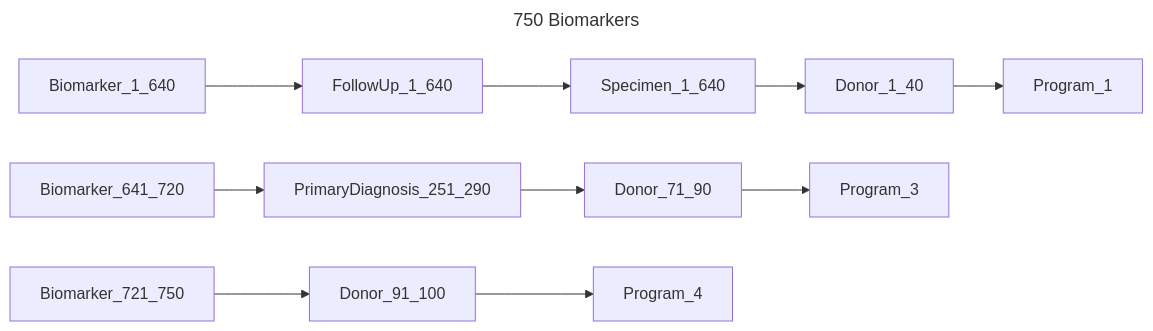
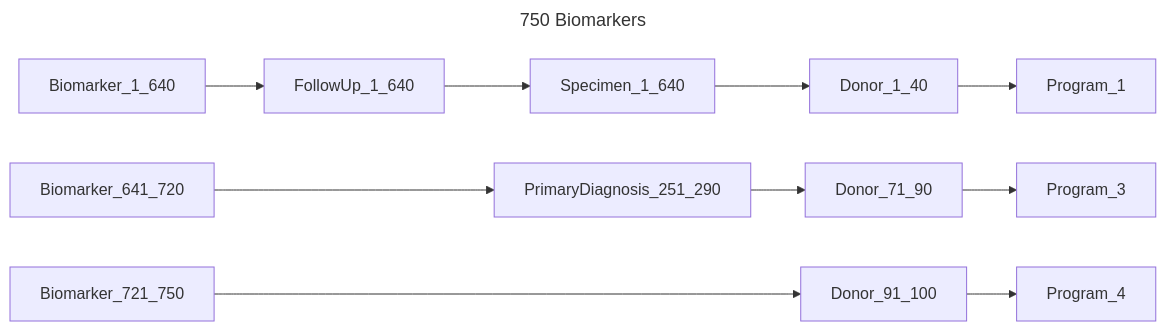
Diagram 12 of 13 in chord_metadata_service/mohpackets/data/medium_dataset/README.md (bento-platform/katsu), drawn with Mermaid before and after one commit. The commit also changed other lines of this file, not shown here.

````diff
--- a/chord_metadata_service/mohpackets/data/medium_dataset/README.md
+++ b/chord_metadata_service/mohpackets/data/medium_dataset/README.md
@@ -141,9 +141,9 @@
 ```mermaid
 ---
 title: 750 Biomarkers
 ---
 graph LR;  
   Biomarker_1_640 --> FollowUp_1_640 --> Specimen_1_640 --> Donor_1_40 --> Program_1;
-  Biomarker_641_720 --> PrimaryDiagnosis_251_290 --> Donor_71_90 --> Program_3;
-  Biomarker_721_750 --> Donor_91_100 --> Program_4; 
+  Biomarker_641_720 ---> PrimaryDiagnosis_251_290 --> Donor_71_90 --> Program_3;
+  Biomarker_721_750 ----> Donor_91_100 --> Program_4; 
 ```
````
